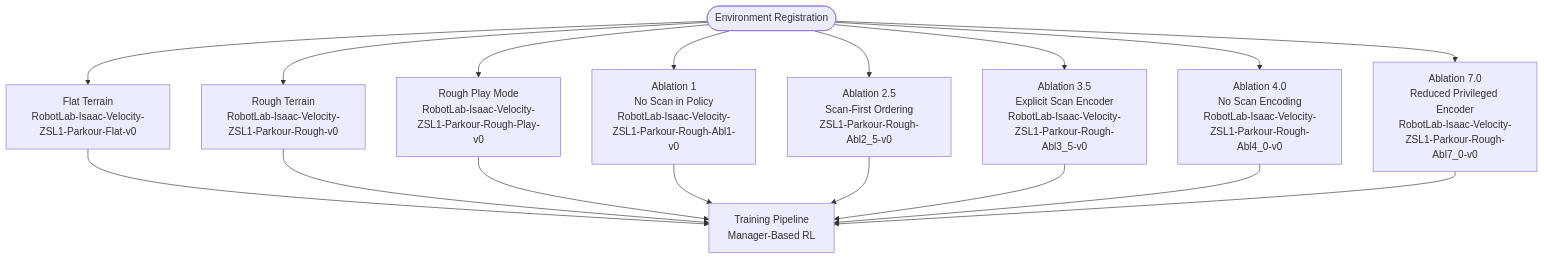
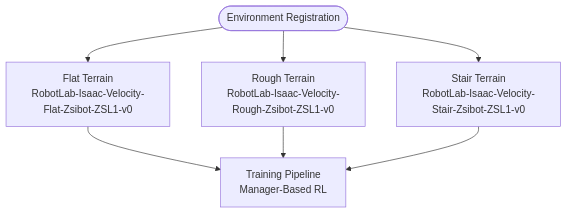
One commit to jayjayhust/robot_lab changed diagram 11 of 13 in .qoder/repowiki/en/content/ZSIBOT ZSL1 Stair Climbing Configuration.md. Above: the diagram before and after it, drawn with Mermaid. The commit also changed other lines of this file and 14 other files, not shown here.

````diff
--- a/.qoder/repowiki/en/content/ZSIBOT ZSL1 Stair Climbing Configuration.md
+++ b/.qoder/repowiki/en/content/ZSIBOT ZSL1 Stair Climbing Configuration.md
@@ -834,19 +568,9 @@
 ```mermaid
 flowchart TD
-ENV_REGISTRATION([Environment Registration]) --> FLAT_TERRAIN["Flat Terrain<br/>RobotLab-Isaac-Velocity-ZSL1-Parkour-Flat-v0"]
-ENV_REGISTRATION --> ROUGH_TERRAIN["Rough Terrain<br/>RobotLab-Isaac-Velocity-ZSL1-Parkour-Rough-v0"]
-ENV_REGISTRATION --> ROUGH_PLAY["Rough Play Mode<br/>RobotLab-Isaac-Velocity-ZSL1-Parkour-Rough-Play-v0"]
-ENV_REGISTRATION --> ABLATION_1["Ablation 1<br/>No Scan in Policy<br/>RobotLab-Isaac-Velocity-ZSL1-Parkour-Rough-Abl1-v0"]
-ENV_REGISTRATION --> ABLATION_2_5["Ablation 2.5<br/>Scan-First Ordering<br/>ZSL1-Parkour-Rough-Abl2_5-v0"]
-ENV_REGISTRATION --> ABLATION_3_5["Ablation 3.5<br/>Explicit Scan Encoder<br/>RobotLab-Isaac-Velocity-ZSL1-Parkour-Rough-Abl3_5-v0"]
-ENV_REGISTRATION --> ABLATION_4_0["Ablation 4.0<br/>No Scan Encoding<br/>RobotLab-Isaac-Velocity-ZSL1-Parkour-Rough-Abl4_0-v0"]
-ENV_REGISTRATION --> ABLATION_7_0["Ablation 7.0<br/>Reduced Privileged Encoder<br/>RobotLab-Isaac-Velocity-ZSL1-Parkour-Rough-Abl7_0-v0"]
+ENV_REGISTRATION([Environment Registration]) --> FLAT_TERRAIN["Flat Terrain<br/>RobotLab-Isaac-Velocity-Flat-Zsibot-ZSL1-v0"]
+ENV_REGISTRATION --> ROUGH_TERRAIN["Rough Terrain<br/>RobotLab-Isaac-Velocity-Rough-Zsibot-ZSL1-v0"]
+ENV_REGISTRATION --> STAIR_TERRAIN["Stair Terrain<br/>RobotLab-Isaac-Velocity-Stair-Zsibot-ZSL1-v0"]
 FLAT_TERRAIN --> TRAINING_PIPELINE["Training Pipeline<br/>Manager-Based RL"]
 ROUGH_TERRAIN --> TRAINING_PIPELINE
-ROUGH_PLAY --> TRAINING_PIPELINE
-ABLATION_1 --> TRAINING_PIPELINE
-ABLATION_2_5 --> TRAINING_PIPELINE
-ABLATION_3_5 --> TRAINING_PIPELINE
-ABLATION_4_0 --> TRAINING_PIPELINE
-ABLATION_7_0 --> TRAINING_PIPELINE
+STAIR_TERRAIN --> TRAINING_PIPELINE
 ```
````
